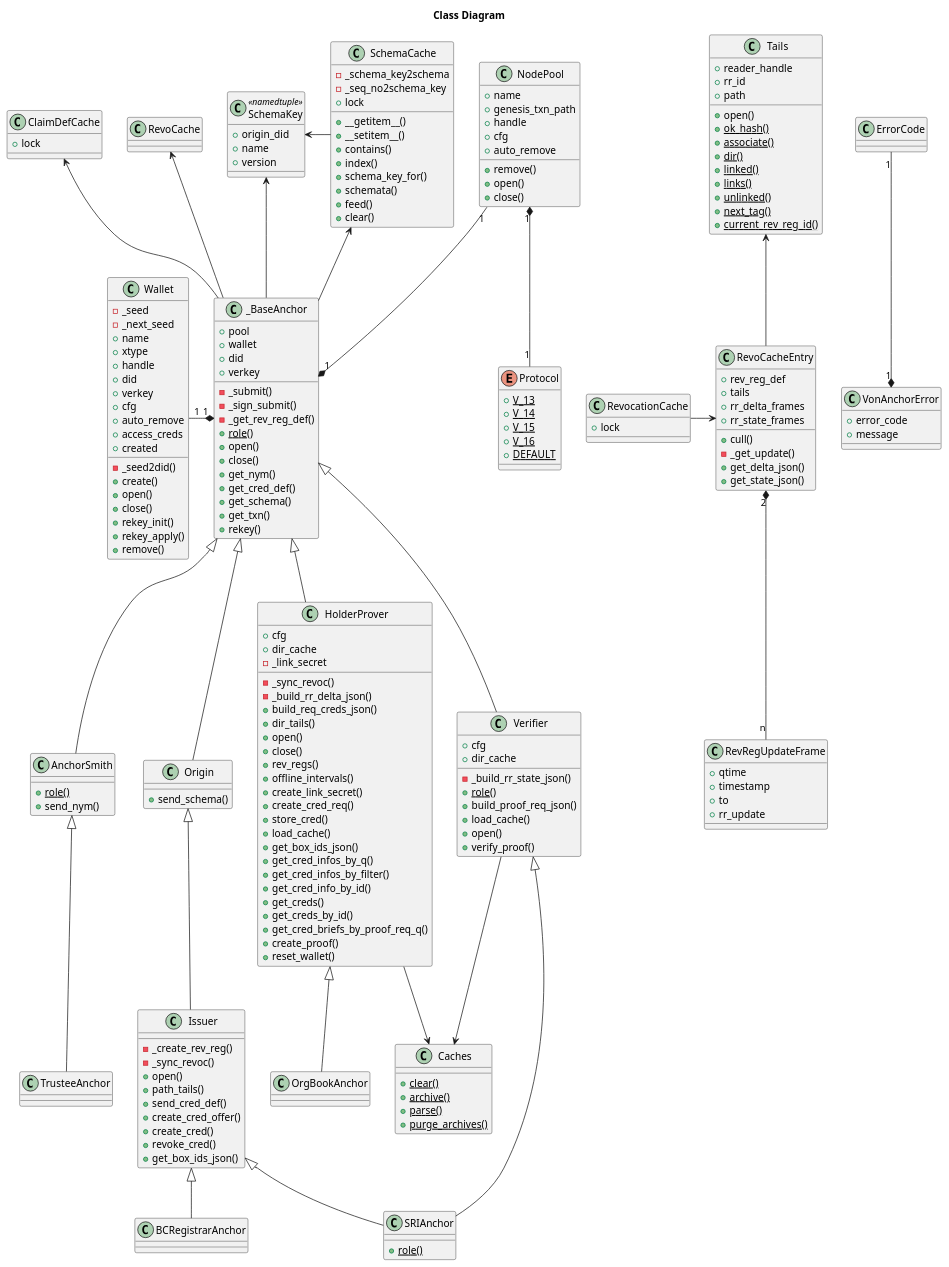
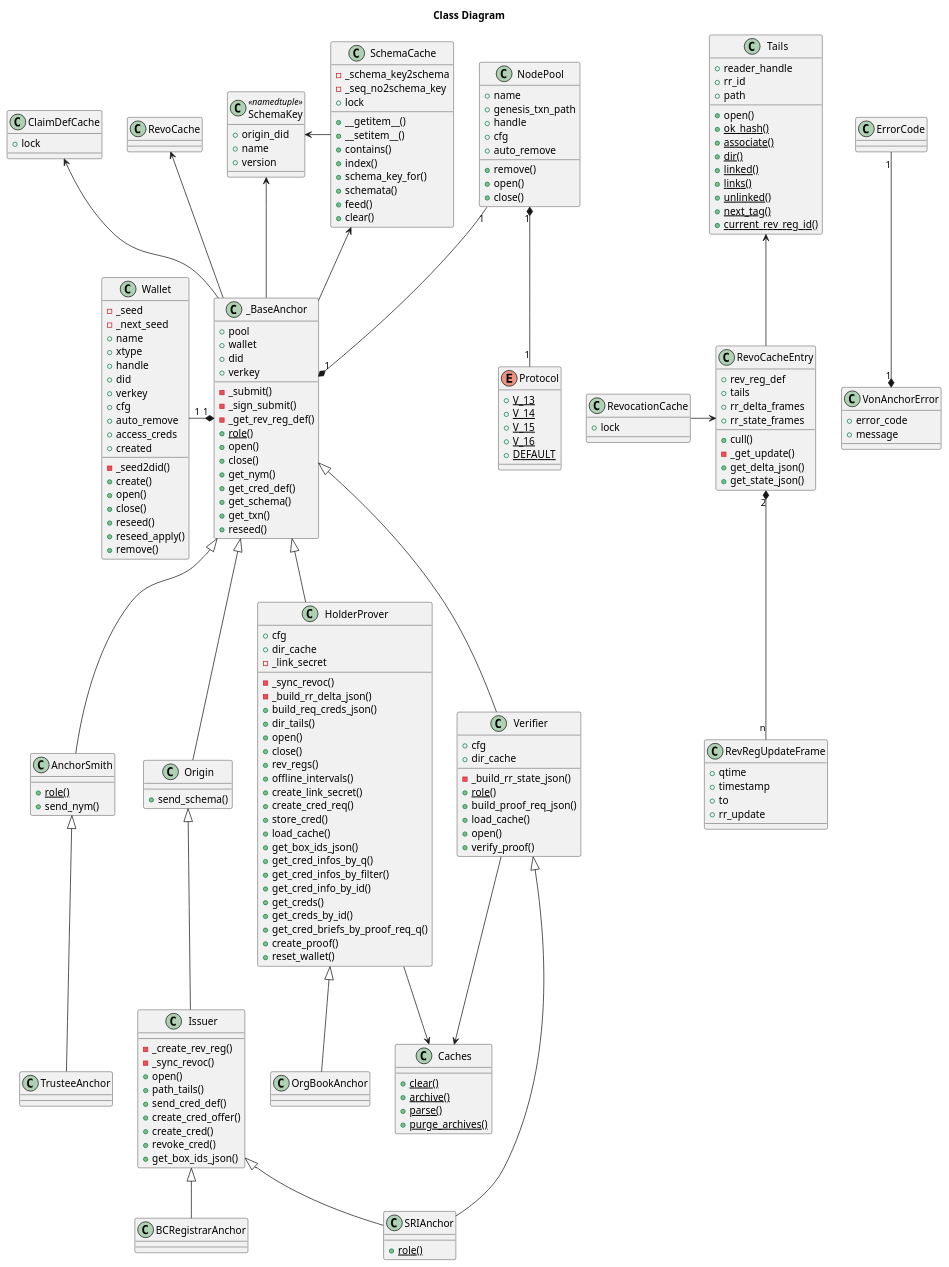
Before and after one commit to PSPC-SPAC-buyandsell/von_base: the diagram in doc/pic/src/class.puml, drawn with PlantUML. The commit also changed 5 other files, not shown here.

Commit message:
rename von_anchor wallet.rekey() to reseed()

```diff
--- a/doc/pic/src/class.puml
+++ b/doc/pic/src/class.puml
@@ -109,8 +109,8 @@
     +create()
     +open()
     +close()
-    +rekey_init()
-    +rekey_apply()
+    +reseed()
+    +reseed_apply()
     +remove()
 }
 
@@ -148,7 +148,7 @@
     +get_cred_def()
     +get_schema()
     +get_txn()
-    +rekey()
+    +reseed()
 }
 
 class AnchorSmith {
```
